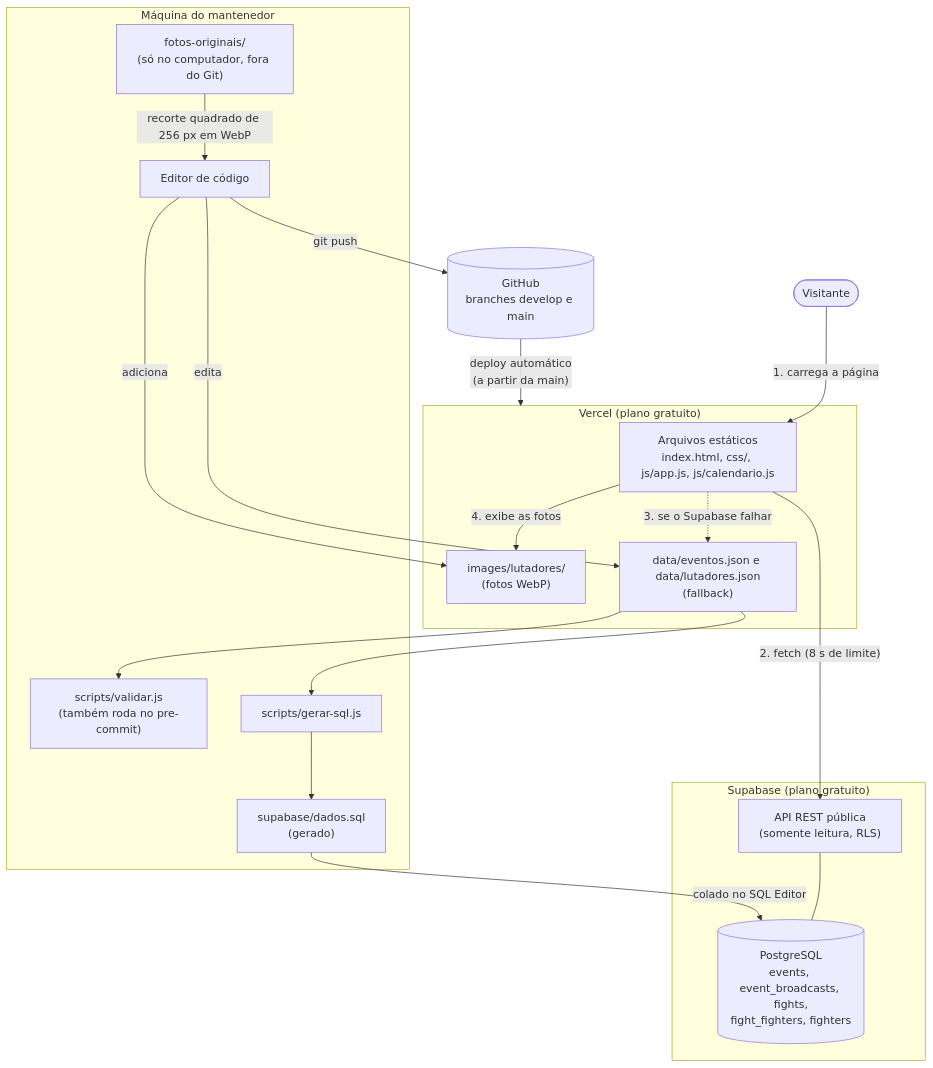
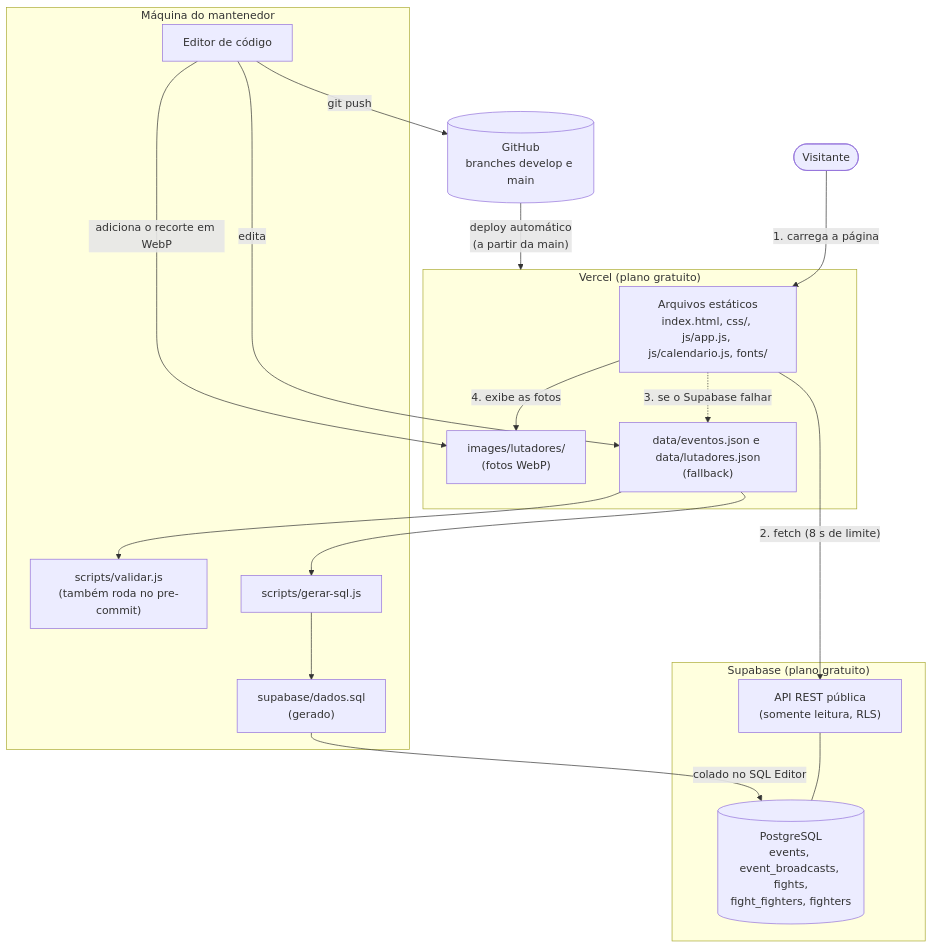
The second of 3 diagrams in docs/arquitetura.md (Gabriel-de-Lima-R/fight-club-events), drawn with Mermaid before and after one commit. The commit also changed other lines of this file and 4 other files, not shown here.

Commit message:
docs: remove a pasta fotos-originais, revisa a arquitetura e avisa sobre fotos soltas no validador

````diff
--- a/docs/arquitetura.md
+++ b/docs/arquitetura.md
@@ -31,40 +31,38 @@
 ```mermaid
 flowchart TB
     visitante(["Visitante"])
 
     subgraph vercel ["Vercel (plano gratuito)"]
-        estaticos["Arquivos estáticos<br/>index.html, css/, js/app.js, js/calendario.js"]
+        estaticos["Arquivos estáticos<br/>index.html, css/, js/app.js, js/calendario.js, fonts/"]
         fotos["images/lutadores/<br/>(fotos WebP)"]
         json["data/eventos.json e data/lutadores.json<br/>(fallback)"]
     end
 
     subgraph supabase ["Supabase (plano gratuito)"]
         api["API REST pública<br/>(somente leitura, RLS)"]
         banco[("PostgreSQL<br/>events, event_broadcasts, fights,<br/>fight_fighters, fighters")]
         api --- banco
     end
 
     subgraph maquina ["Máquina do mantenedor"]
         editor["Editor de código"]
         validar["scripts/validar.js<br/>(também roda no pre-commit)"]
         gerar["scripts/gerar-sql.js"]
         dadossql["supabase/dados.sql<br/>(gerado)"]
-        originais["fotos-originais/<br/>(só no computador, fora do Git)"]
     end
 
     github[("GitHub<br/>branches develop e main")]
 
     visitante -->|"1. carrega a página"| estaticos
     estaticos -->|"2. fetch (8 s de limite)"| api
     estaticos -.->|"3. se o Supabase falhar"| json
     estaticos -->|"4. exibe as fotos"| fotos
 
     editor -->|"edita"| json
-    originais -->|"recorte quadrado de 256 px em WebP"| editor
-    editor -->|"adiciona"| fotos
+    editor -->|"adiciona o recorte em WebP"| fotos
     json --> validar
     json --> gerar --> dadossql
     dadossql -->|"colado no SQL Editor"| banco
     editor -->|"git push"| github
     github -->|"deploy automático<br/>(a partir da main)"| vercel
 ```
````
